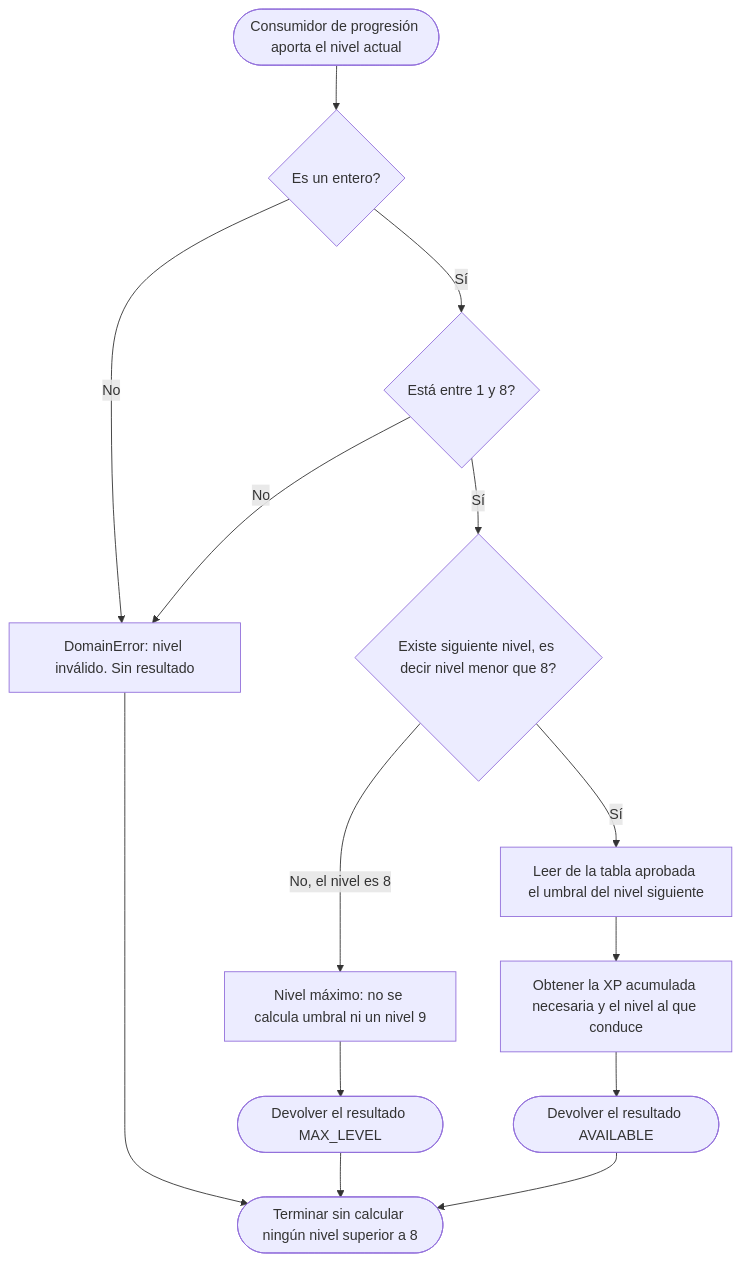
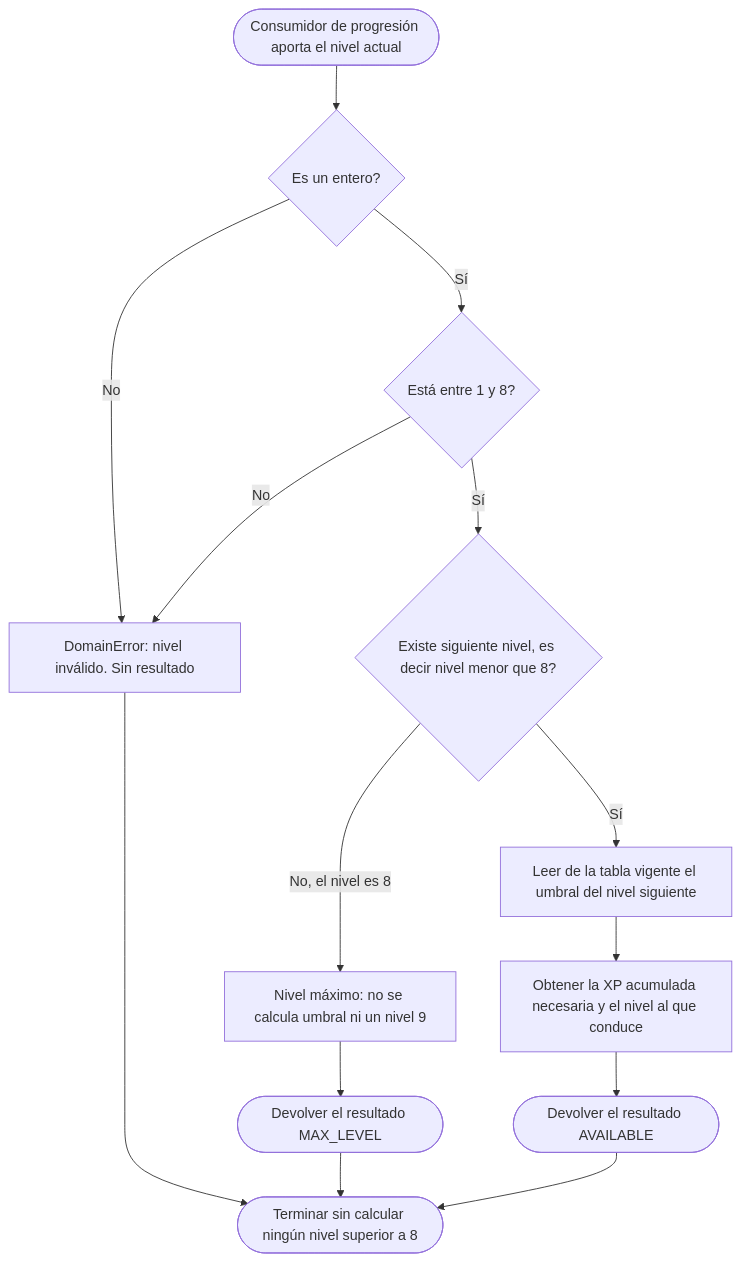
One commit to Nexus-Battle-VI/Nexus-Battle-Player-Inventory changed the first of 4 diagrams in docs/hu-08-progresion.md. Above: the diagram before and after it, drawn with Mermaid. The commit also changed other lines of this file and 1 other file, not shown here.

First line of the commit message:
docs(player-inventory): [HU-08] fijar las fronteras de nivel y el origen de la tabla

````diff
--- a/docs/hu-08-progresion.md
+++ b/docs/hu-08-progresion.md
@@ -505,16 +523,16 @@
 ```mermaid
 flowchart TD
   A([Consumidor de progresión aporta el nivel actual]) --> B{Es un entero?}
   B -->|No| Z[DomainError: nivel inválido. Sin resultado]
   B -->|Sí| C{Está entre 1 y 8?}
   C -->|No| Z
   C -->|Sí| D{Existe siguiente nivel, es decir nivel menor que 8?}
   D -->|No, el nivel es 8| E[Nivel máximo: no se calcula umbral ni un nivel 9]
-  D -->|Sí| F[Leer de la tabla aprobada el umbral del nivel siguiente]
+  D -->|Sí| F[Leer de la tabla vigente el umbral del nivel siguiente]
   F --> G[Obtener la XP acumulada necesaria y el nivel al que conduce]
   E --> H([Devolver el resultado MAX_LEVEL])
   G --> I([Devolver el resultado AVAILABLE])
   Z --> J([Terminar sin calcular ningún nivel superior a 8])
   H --> J
   I --> J
 ```
````
